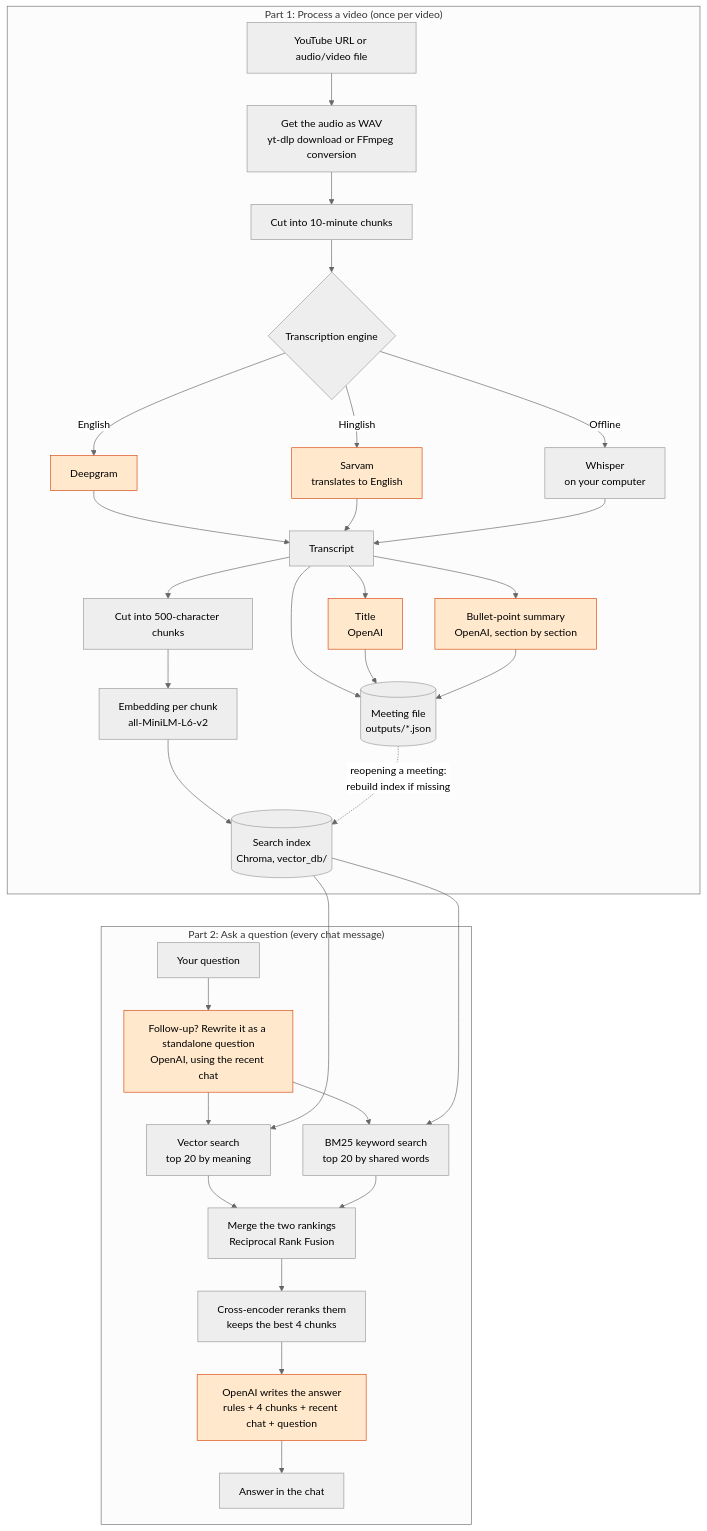
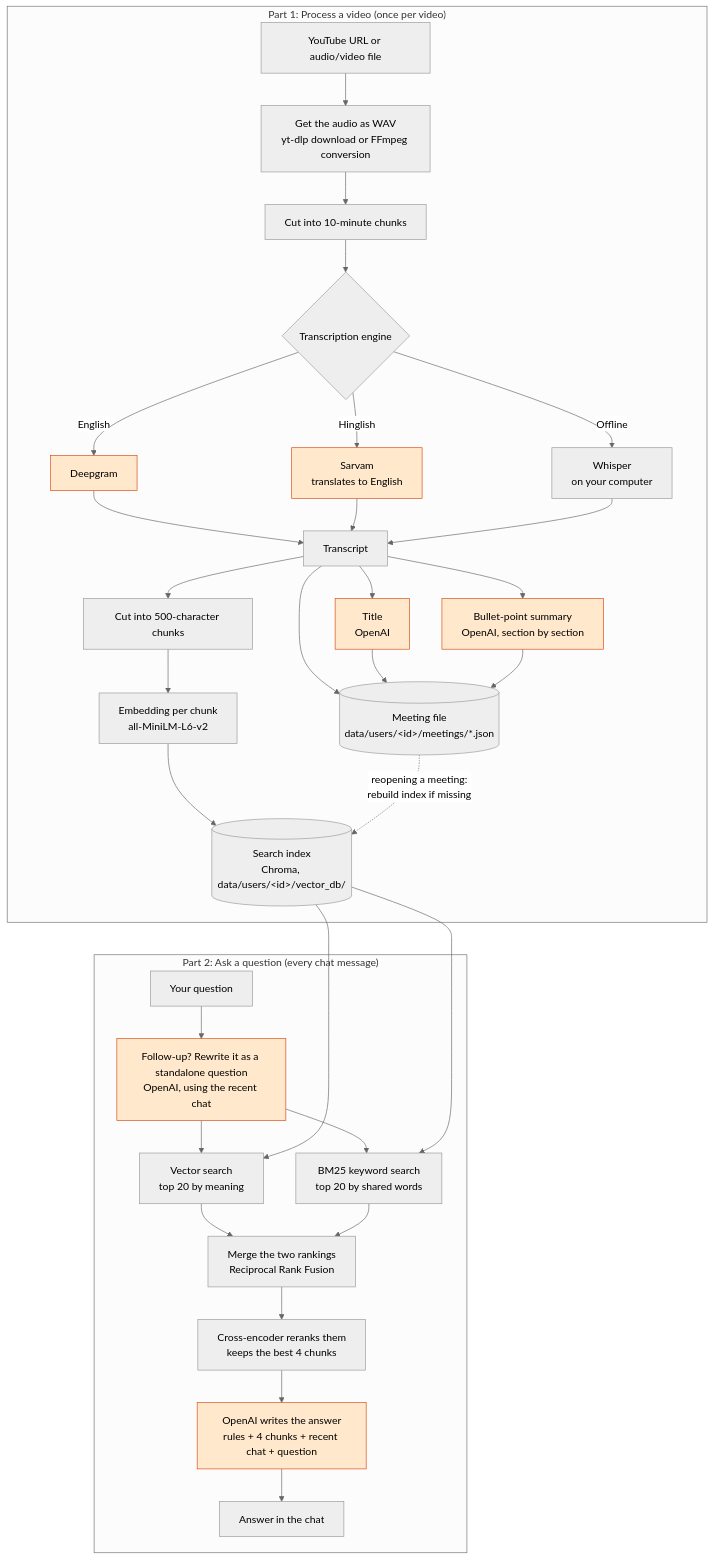
Before and after one commit to mahim83/AI-Video-Assistant: the diagram in README.md, drawn with Mermaid (neutral theme). The commit also changed other lines of this file and 36 other files, not shown here.

````diff
--- a/README.md
+++ b/README.md
@@ -16,41 +17,41 @@
 ```mermaid
 flowchart TD
     subgraph PROCESS["Part 1: Process a video (once per video)"]
         IN["YouTube URL or audio/video file"] --> AUDIO["Get the audio as WAV<br/>yt-dlp download or FFmpeg conversion"]
         AUDIO --> SPLIT["Cut into 10-minute chunks"]
         SPLIT --> ENGINE{"Transcription engine"}
         ENGINE -->|English| DG["Deepgram"]
         ENGINE -->|Hinglish| SV["Sarvam<br/>translates to English"]
         ENGINE -->|Offline| WH["Whisper<br/>on your computer"]
         DG --> TR["Transcript"]
         SV --> TR
         WH --> TR
         TR --> TITLE["Title<br/>OpenAI"]
         TR --> SUM["Bullet-point summary<br/>OpenAI, section by section"]
         TR --> CHUNK["Cut into 500-character chunks"]
         CHUNK --> EMB["Embedding per chunk<br/>all-MiniLM-L6-v2"]
-        EMB --> DB[("Search index<br/>Chroma, vector_db/")]
-        TR --> SAVE[("Meeting file<br/>outputs/*.json")]
+        EMB --> DB[("Search index<br/>Chroma, data/users/&lt;id&gt;/vector_db/")]
+        TR --> SAVE[("Meeting file<br/>data/users/&lt;id&gt;/meetings/*.json")]
         TITLE --> SAVE
         SUM --> SAVE
     end
 
     subgraph ASK["Part 2: Ask a question (every chat message)"]
         Q["Your question"] --> RW["Follow-up? Rewrite it as a standalone question<br/>OpenAI, using the recent chat"]
         RW --> VEC["Vector search<br/>top 20 by meaning"]
         RW --> KW["BM25 keyword search<br/>top 20 by shared words"]
         VEC --> RRF["Merge the two rankings<br/>Reciprocal Rank Fusion"]
         KW --> RRF
         RRF --> RR["Cross-encoder reranks them<br/>keeps the best 4 chunks"]
         RR --> LLM["OpenAI writes the answer<br/>rules + 4 chunks + recent chat + question"]
         LLM --> ANS["Answer in the chat"]
     end
 
     DB ~~~ Q
     DB --> VEC
     DB --> KW
     SAVE -.->|"reopening a meeting:<br/>rebuild index if missing"| DB
 
     classDef cloud fill:#ffe8cc,stroke:#d9480f,color:#000
     class DG,SV,TITLE,SUM,RW,LLM cloud
 ```
````
